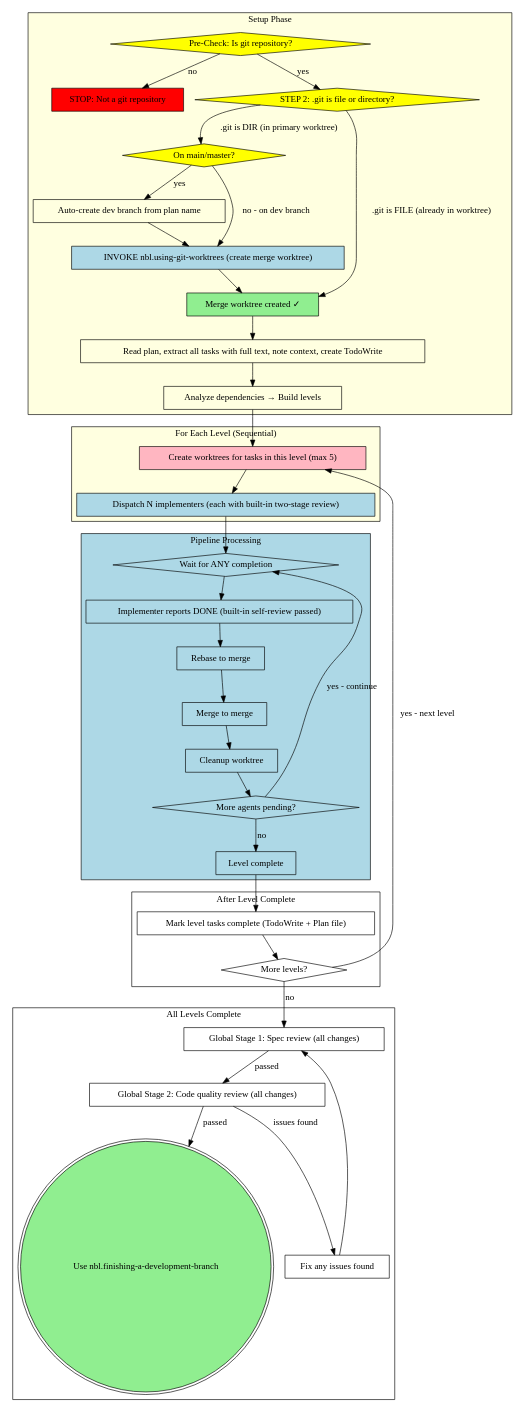
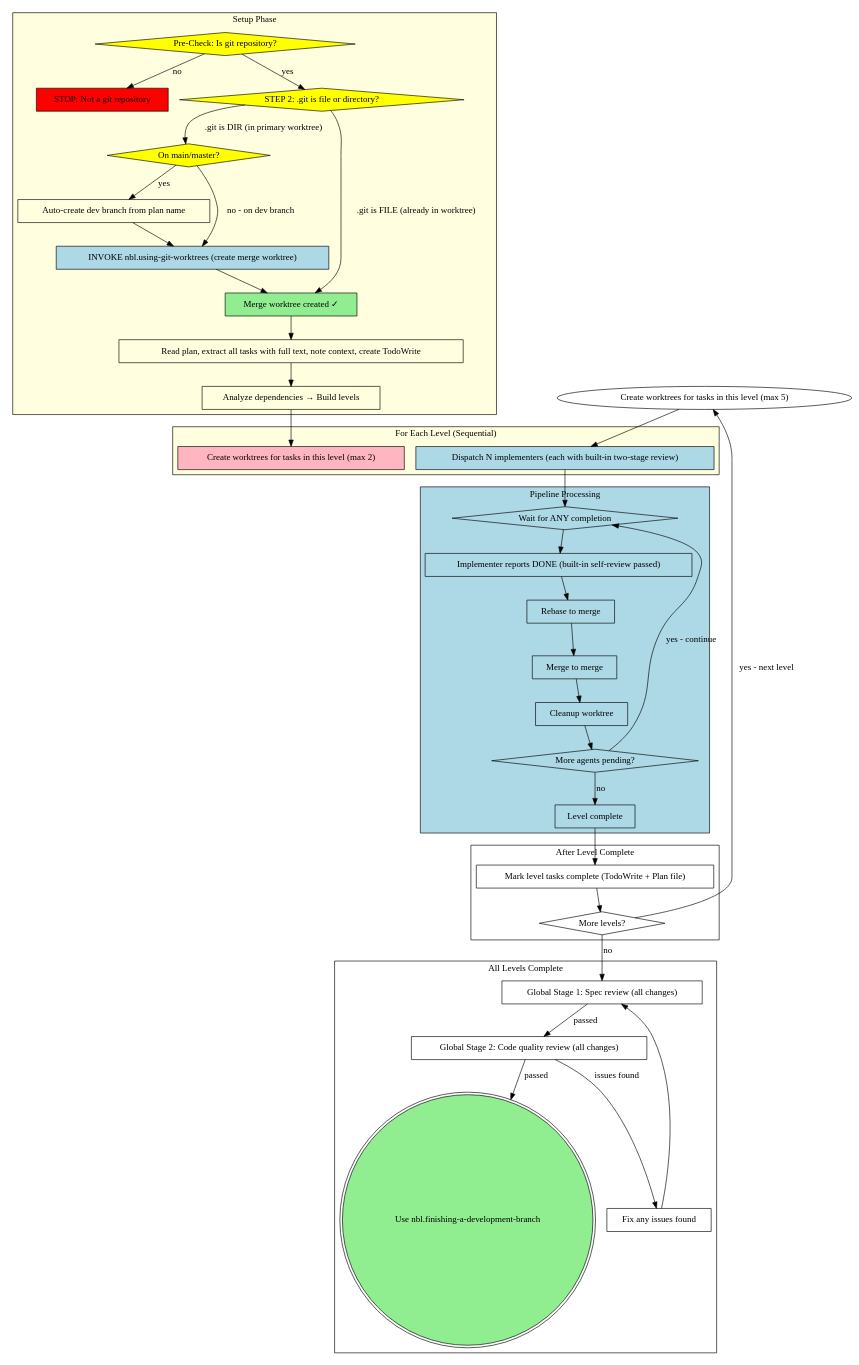
Before and after one commit to icefrag/nbl-superpowers: the diagram in skills/nbl.parallel-subagent-driven-development/SKILL.md, drawn with Graphviz. The commit also changed other lines of this file and 2 other files, not shown here.

Commit message:
feat: reduce parallel max agents from 5 to 2

```diff
--- a/skills/nbl.parallel-subagent-driven-development/SKILL.md
+++ b/skills/nbl.parallel-subagent-driven-development/SKILL.md
@@ -207,7 +207,7 @@
     subgraph cluster_level_loop {
         label="For Each Level (Sequential)";
         style=filled fillcolor=lightyellow;
-        "Create worktrees for tasks in this level (max 5)" [shape=box style=filled fillcolor=lightpink];
+        "Create worktrees for tasks in this level (max 2)" [shape=box style=filled fillcolor=lightpink];
         "Dispatch N implementers (each with built-in two-stage review)" [shape=box style=filled fillcolor=lightblue];
     }
 
@@ -250,7 +250,7 @@
 
     // Setup flow
     "Read plan, extract all tasks with full text, note context, create TodoWrite" -> "Analyze dependencies → Build levels";
-    "Analyze dependencies → Build levels" -> "Create worktrees for tasks in this level (max 5)";
+    "Analyze dependencies → Build levels" -> "Create worktrees for tasks in this level (max 2)";
     "Create worktrees for tasks in this level (max 5)" -> "Dispatch N implementers (each with built-in two-stage review)";
 
     // Pipeline processing
```
